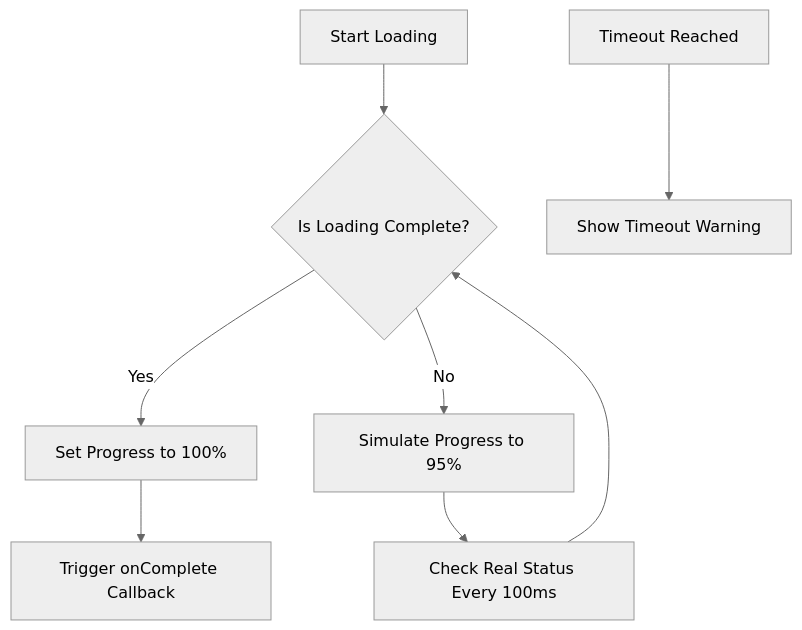
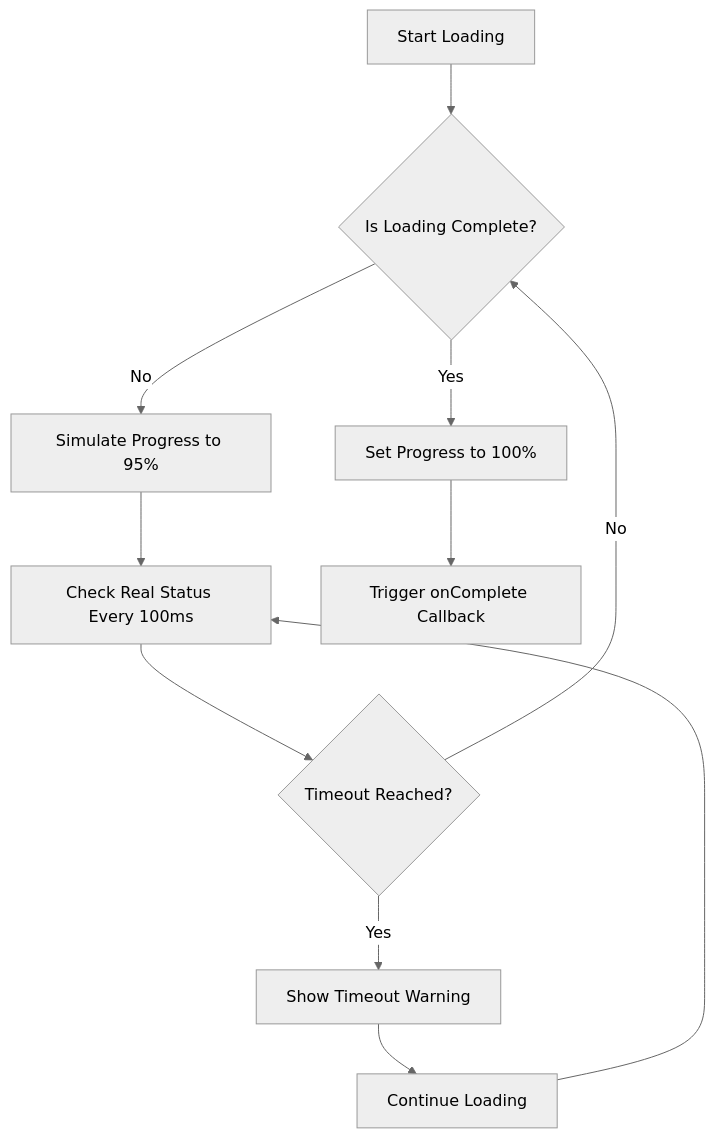
One commit to geniusdynamics/schoolpilot changed the sixth of 8 diagrams in .qoder/repowiki/en/content/Architecture Overview/Modular Architecture/Module System Overview/Dynamic Module Loading.md. Above: the diagram before and after it, drawn with Mermaid (neutral theme). The commit also changed other lines of this file and 760 other files, not shown here.

````diff
--- a/.qoder/repowiki/en/content/Architecture Overview/Modular Architecture/Module System Overview/Dynamic Module Loading.md
+++ b/.qoder/repowiki/en/content/Architecture Overview/Modular Architecture/Module System Overview/Dynamic Module Loading.md
@@ -233,10 +463,13 @@
 ```mermaid
 flowchart TD
 A[Start Loading] --> B{Is Loading Complete?}
 B --> |Yes| C[Set Progress to 100%]
 B --> |No| D[Simulate Progress to 95%]
 D --> E[Check Real Status Every 100ms]
-E --> B
-C --> F[Trigger onComplete Callback]
-G[Timeout Reached] --> H[Show Timeout Warning]
+E --> F{Timeout Reached?}
+F --> |Yes| G[Show Timeout Warning]
+F --> |No| B
+C --> H[Trigger onComplete Callback]
+G --> I[Continue Loading]
+I --> E
 ```
````
